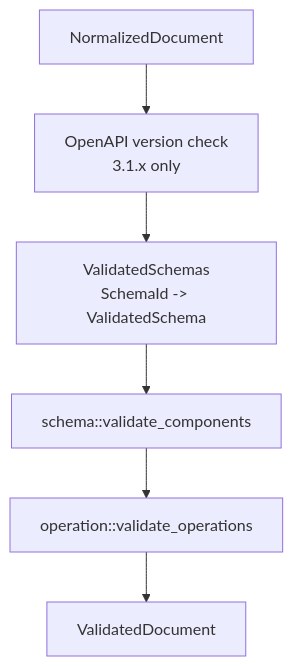
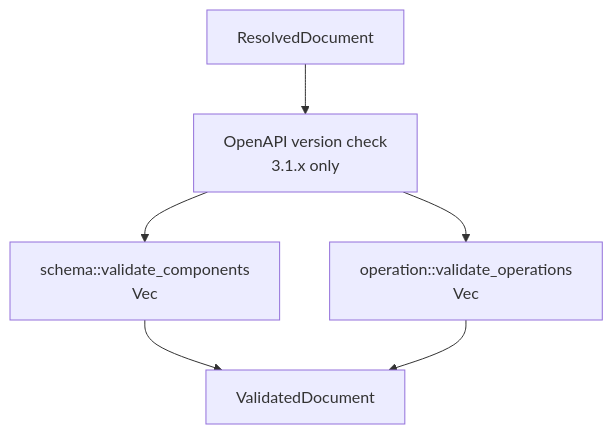
The third of 6 diagrams in ARCHITECTURE.md (zeon256/satay-rs), drawn with Mermaid before and after one commit. The commit also changed other lines of this file, not shown here.

````diff
--- a/ARCHITECTURE.md
+++ b/ARCHITECTURE.md
@@ -118,8 +102,8 @@
 ```mermaid
 flowchart TD
-    normalized["NormalizedDocument"] --> version["OpenAPI version check<br/>3.1.x only"]
-    version --> schemas["ValidatedSchemas<br/>SchemaId -> ValidatedSchema"]
-    schemas --> components["schema::validate_components"]
-    components --> operations["operation::validate_operations"]
-    operations --> validated["ValidatedDocument"]
+    resolved["ResolvedDocument"] --> version["OpenAPI version check<br/>3.1.x only"]
+    version --> components["schema::validate_components<br/>Vec<ValidatedComponent>"]
+    version --> operations["operation::validate_operations<br/>Vec<ValidatedOperation>"]
+    components --> validated["ValidatedDocument"]
+    operations --> validated
 ```
````
